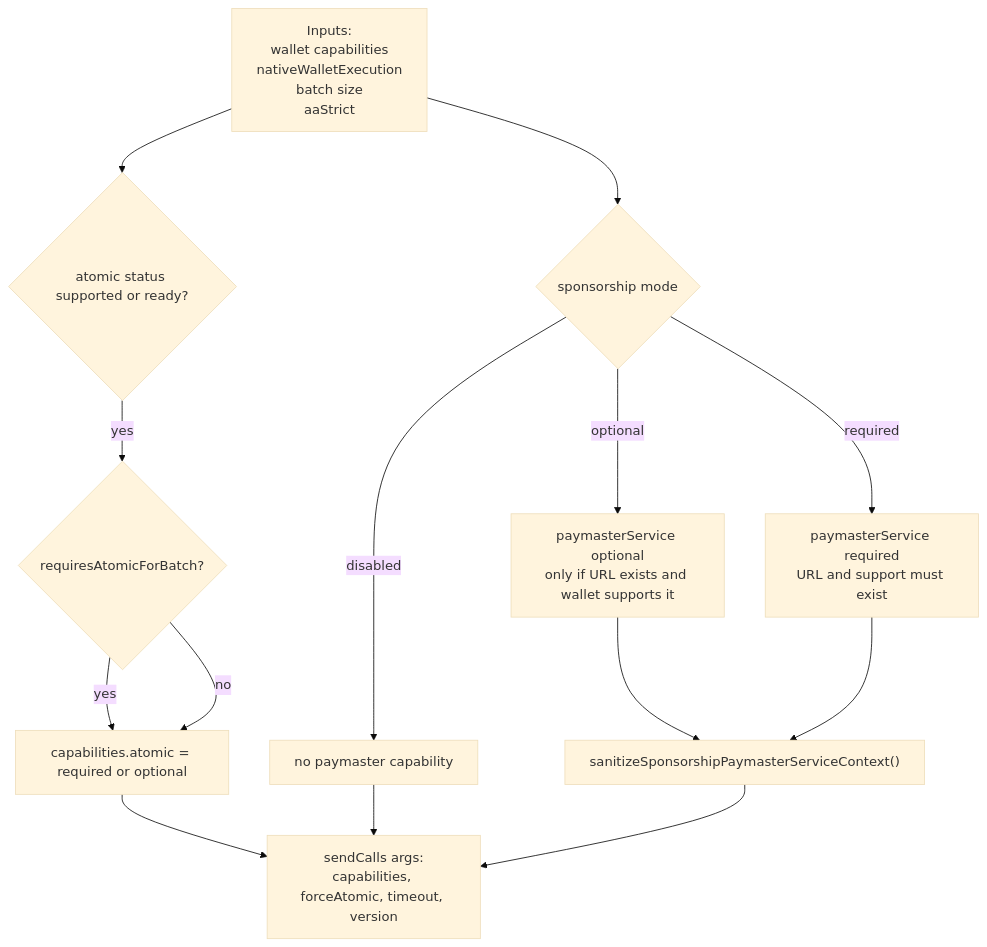
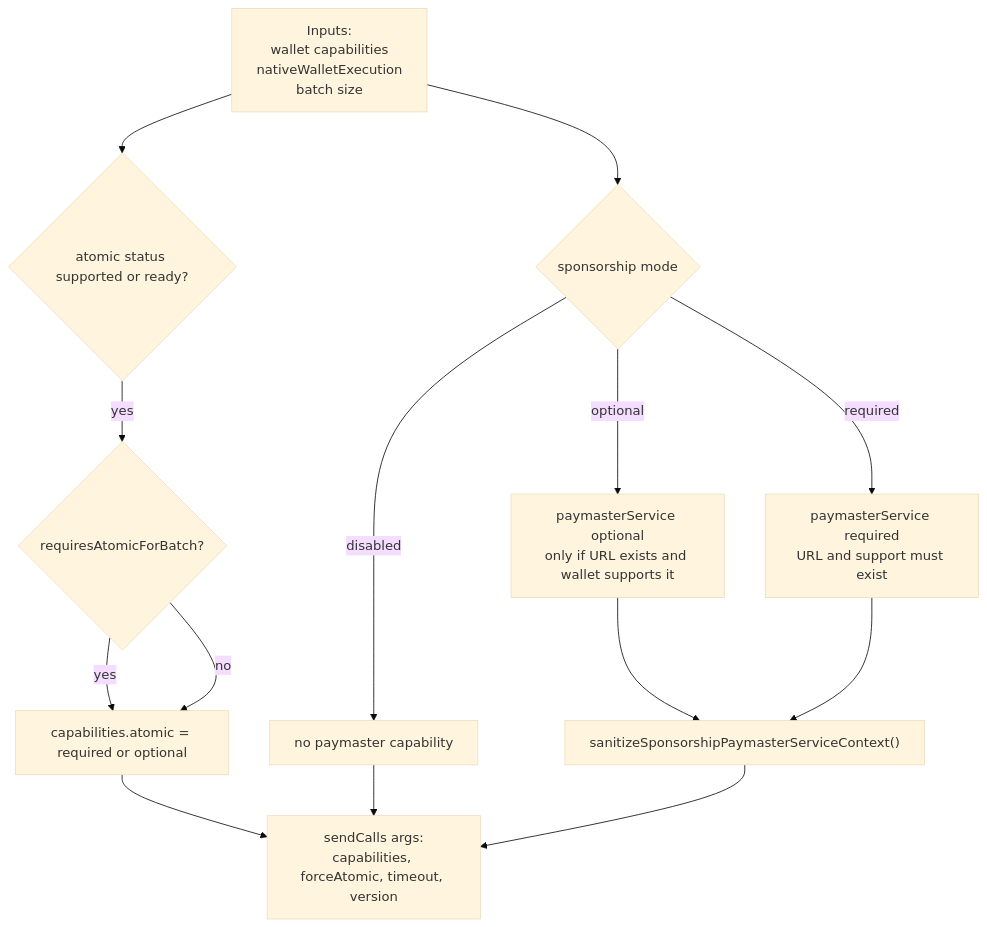
Diagram 16 of 24 in specs/WALLET-ADAPTERS-ARCH.md (aomi-labs/aomi-widget), drawn with Mermaid (base theme) before and after one commit. The commit also changed other lines of this file and 2 other files, not shown here.

Commit message:
Match main aaStrict fallback semantics

````diff
--- a/specs/WALLET-ADAPTERS-ARCH.md
+++ b/specs/WALLET-ADAPTERS-ARCH.md
@@ -877,27 +890,27 @@
 ```mermaid
 flowchart TD
-  Inputs["Inputs:<br/>wallet capabilities<br/>nativeWalletExecution<br/>batch size<br/>aaStrict"]
+  Inputs["Inputs:<br/>wallet capabilities<br/>nativeWalletExecution<br/>batch size"]
   AtomicSupported{"atomic status supported or ready?"}
   AtomicRequired{"requiresAtomicForBatch?"}
   PaymasterMode{"sponsorship mode"}
   AtomicCap["capabilities.atomic = required or optional"]
   Disabled["no paymaster capability"]
   OptionalPM["paymasterService optional<br/>only if URL exists and wallet supports it"]
   RequiredPM["paymasterService required<br/>URL and support must exist"]
   Sanitize["sanitizeSponsorshipPaymasterServiceContext()"]
   SendArgs["sendCalls args:<br/>capabilities, forceAtomic, timeout, version"]
 
   Inputs --> AtomicSupported
   AtomicSupported -- yes --> AtomicRequired
   AtomicRequired -- yes --> AtomicCap
   AtomicRequired -- no --> AtomicCap
   Inputs --> PaymasterMode
   PaymasterMode -- disabled --> Disabled
   PaymasterMode -- optional --> OptionalPM
   PaymasterMode -- required --> RequiredPM
   OptionalPM --> Sanitize
   RequiredPM --> Sanitize
   AtomicCap --> SendArgs
   Disabled --> SendArgs
   Sanitize --> SendArgs
 ```
````
